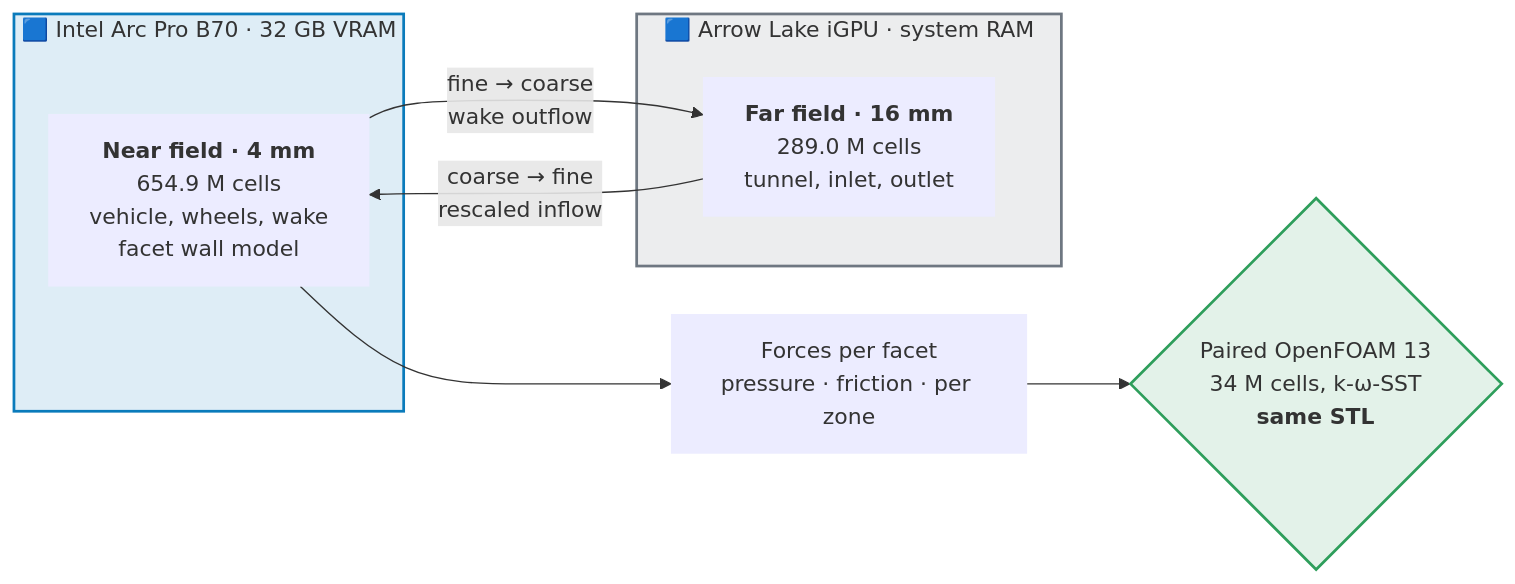
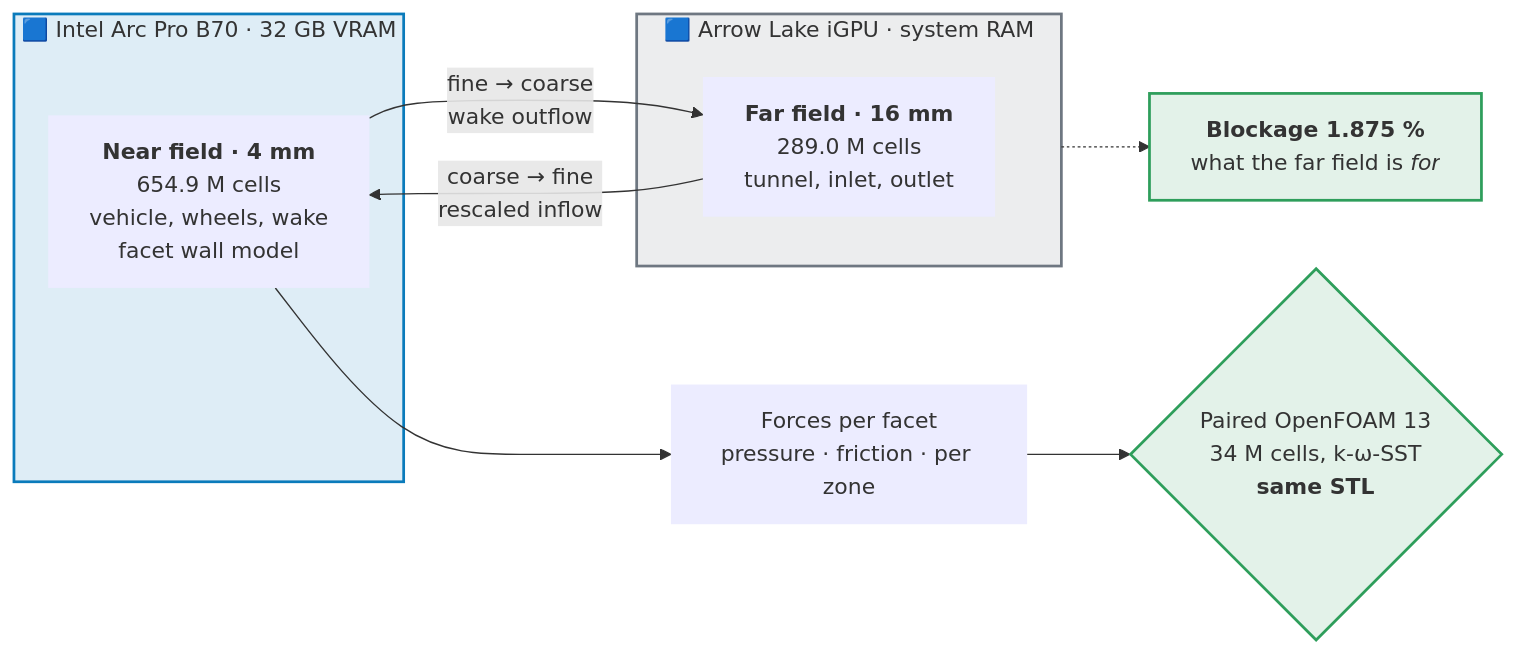
One commit to heikogleu-dev/FluidX3D-Intel-B70 changed the diagram in README.md. Above: the diagram before and after it, drawn with Mermaid. The commit also changed other lines of this file, not shown here.

First line of the commit message:
README: Blockage als Begruendung der Zwei-Domaenen-Architektur, Gestaltung ueber das ganze Dokument

````diff
--- a/README.md
+++ b/README.md
@@ -95,20 +122,22 @@
 ```mermaid
 flowchart LR
     subgraph B70["🟦 Intel Arc Pro B70 · 32 GB VRAM"]
         N["<b>Near field · 4 mm</b><br/>654.9 M cells<br/>vehicle, wheels, wake<br/>facet wall model"]
     end
     subgraph IGPU["🟦 Arrow Lake iGPU · system RAM"]
         F["<b>Far field · 16 mm</b><br/>289.0 M cells<br/>tunnel, inlet, outlet"]
     end
     F -- "coarse → fine<br/>rescaled inflow" --> N
     N -- "fine → coarse<br/>wake outflow" --> F
     N --> OUT["Forces per facet<br/>pressure · friction · per zone"]
     OUT --> VAL{"Paired OpenFOAM 13<br/>34 M cells, k-ω-SST<br/><b>same STL</b>"}
+    IGPU -.-> BL["<b>Blockage 1.875 %</b><br/>what the far field is <i>for</i>"]
 
     style B70 fill:#0A7BBB22,stroke:#0A7BBB,stroke-width:2px
     style IGPU fill:#6E778122,stroke:#6E7781,stroke-width:2px
     style VAL fill:#2E9E5B22,stroke:#2E9E5B,stroke-width:2px
     style N stroke-width:0px
     style F stroke-width:0px
     style OUT stroke-width:0px
+    style BL fill:#2E9E5B22,stroke:#2E9E5B,stroke-width:2px
 ```
````
